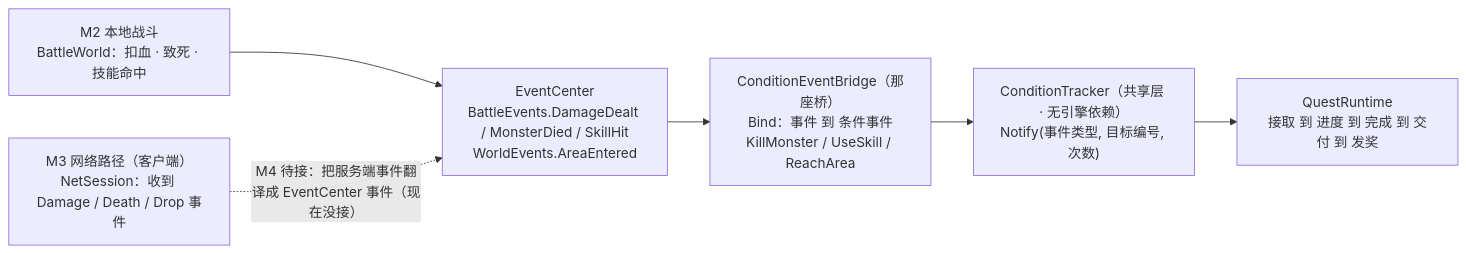
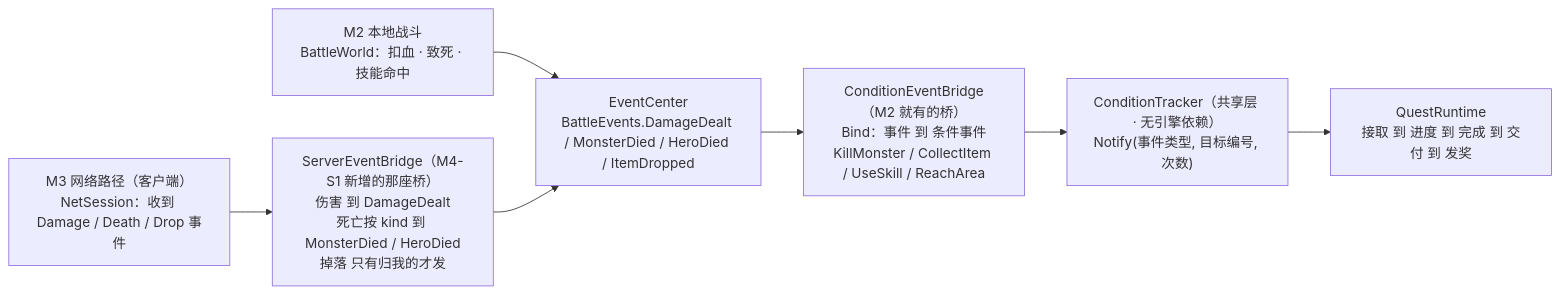
One commit to FridayNoob/NBC-3D-Networked-Battle changed the second of 2 diagrams in Docs/图/02-副本·掉落·任务闭环.md. Above: the diagram before and after it, drawn with Mermaid. The commit also changed other lines of this file and 22 other files, not shown here.

First line of the commit message:
feat(M4-S1): 服务端下发伤害/死亡事件 → 客户端 ServerEventBridge → 任务条件（M3 那条断口接通）                        + 教学 7 篇补类图与数据流图

````diff
--- a/Docs/图/02-副本·掉落·任务闭环.md
+++ b/Docs/图/02-副本·掉落·任务闭环.md
@@ -53,15 +53,17 @@
 ```mermaid
 flowchart LR
     BW["M2 本地战斗<br/>BattleWorld：扣血 · 致死 · 技能命中"]
-    EC["EventCenter<br/>BattleEvents.DamageDealt / MonsterDied / SkillHit<br/>WorldEvents.AreaEntered"]
-    BR["ConditionEventBridge（那座桥）<br/>Bind：事件 到 条件事件<br/>KillMonster / UseSkill / ReachArea"]
+    NS["M3 网络路径（客户端）<br/>NetSession：收到 Damage / Death / Drop 事件"]
+    SEB["ServerEventBridge（M4-S1 新增的那座桥）<br/>伤害 到 DamageDealt<br/>死亡按 kind 到 MonsterDied / HeroDied<br/>掉落 只有归我的才发"]
+    EC["EventCenter<br/>BattleEvents.DamageDealt / MonsterDied / HeroDied / ItemDropped"]
+    BR["ConditionEventBridge（M2 就有的桥）<br/>Bind：事件 到 条件事件<br/>KillMonster / CollectItem / UseSkill / ReachArea"]
     CT["ConditionTracker（共享层 · 无引擎依赖）<br/>Notify(事件类型, 目标编号, 次数)"]
     QR["QuestRuntime<br/>接取 到 进度 到 完成 到 交付 到 发奖"]
-    NS["M3 网络路径（客户端）<br/>NetSession：收到 Damage / Death / Drop 事件"]
 
     BW --> EC
+    NS --> SEB
+    SEB --> EC
     EC --> BR
     BR --> CT
     CT --> QR
-    NS -.->|"M4 待接：把服务端事件翻译成 EventCenter 事件（现在没接）"| EC
 ```
````
